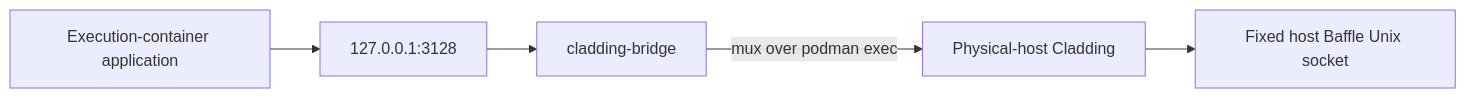
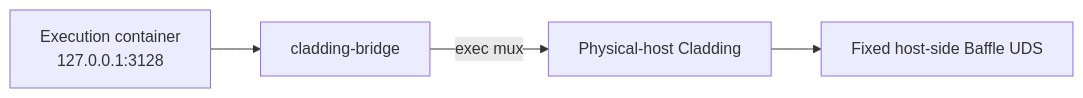
Before and after one commit to dstoc/cladding: the seventh of 9 diagrams in docs/features/cladding-bridge/proposal.md, drawn with Mermaid. The commit also changed other lines of this file and 3 other files, not shown here.

First line of the commit message:
docs: align bridge and inject architecture (#111)

````diff
--- a/docs/features/cladding-bridge/proposal.md
+++ b/docs/features/cladding-bridge/proposal.md
@@ -385,7 +337,6 @@
 ```mermaid
 flowchart LR
-    App["Execution-container application"] --> Listener["127.0.0.1:3128"]
-    Listener --> Bridge["cladding-bridge"]
-    Bridge -->|"mux over podman exec"| Host["Physical-host Cladding"]
-    Host --> Baffle["Fixed host Baffle Unix socket"]
+    App["Execution container<br/>127.0.0.1:3128"] --> Bridge["cladding-bridge"]
+    Bridge -->|"exec mux"| Host["Physical-host Cladding"]
+    Host --> Baffle["Fixed host-side Baffle UDS"]
 ```
````
